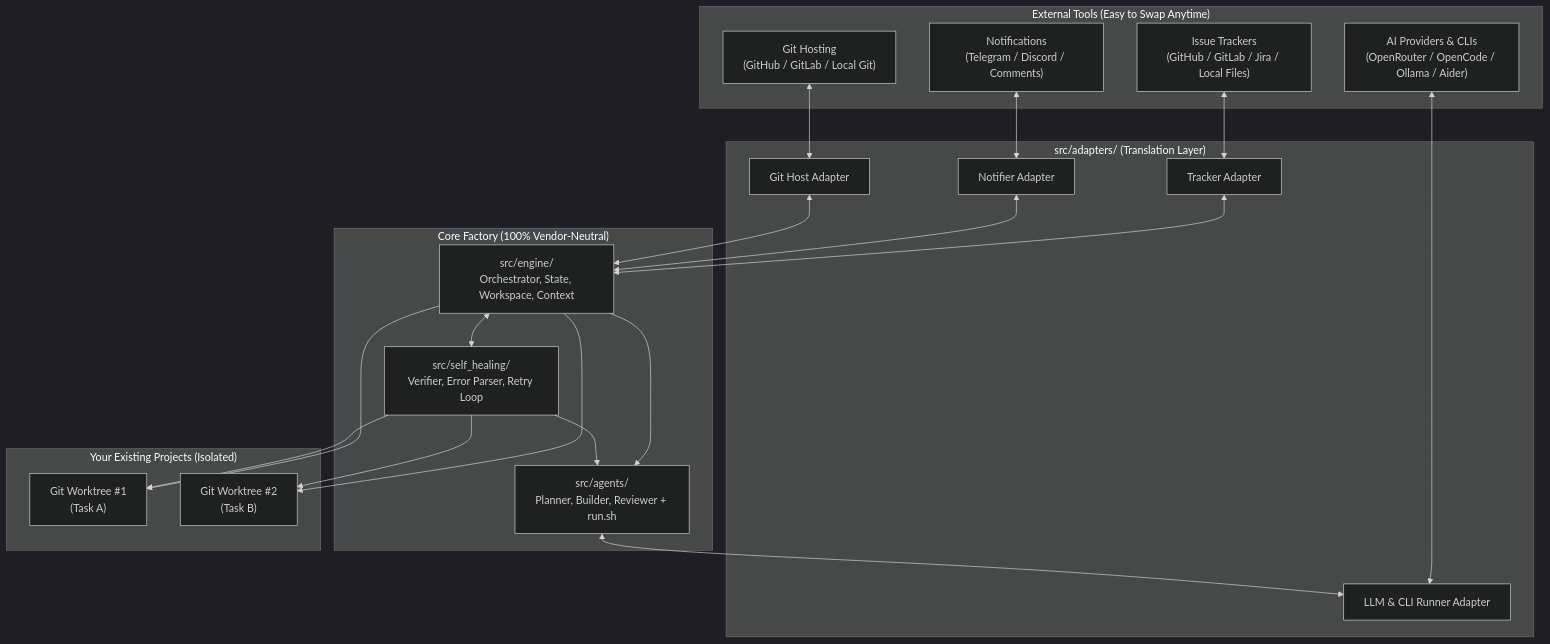
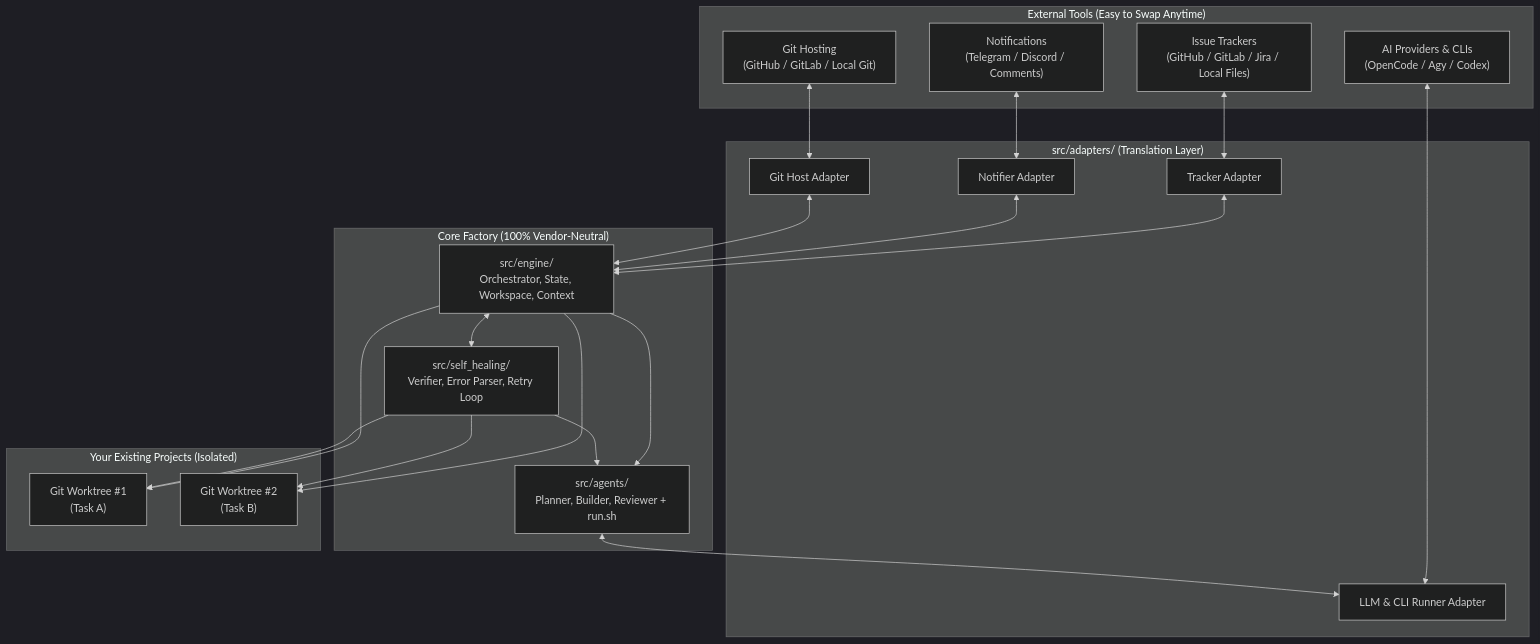
One commit to islam-kamel/software_factory changed the first of 2 diagrams in docs/architecture.md. Above: the diagram before and after it, drawn with Mermaid (dark theme). The commit also changed other lines of this file and 47 other files, not shown here.

````diff
--- a/docs/architecture.md
+++ b/docs/architecture.md
@@ -76,46 +76,46 @@
 ```mermaid
 flowchart TB
     subgraph External["External Tools (Easy to Swap Anytime)"]
         T["Issue Trackers<br/>(GitHub / GitLab / Jira / Local Files)"]
-        L["AI Providers & CLIs<br/>(OpenRouter / OpenCode / Ollama / Aider)"]
+        L["AI Providers & CLIs<br/>(OpenCode / Agy / Codex)"]
         N["Notifications<br/>(Telegram / Discord / Comments)"]
         G["Git Hosting<br/>(GitHub / GitLab / Local Git)"]
     end
 
     subgraph Adapters["src/adapters/ (Translation Layer)"]
         AT["Tracker Adapter"]
         AL["LLM & CLI Runner Adapter"]
         AN["Notifier Adapter"]
         AG["Git Host Adapter"]
     end
 
     subgraph Core["Core Factory (100% Vendor-Neutral)"]
         ENG["src/engine/<br/>Orchestrator, State, Workspace, Context"]
         AGT["src/agents/<br/>Planner, Builder, Reviewer + run.sh"]
         SH["src/self_healing/<br/>Verifier, Error Parser, Retry Loop"]
     end
 
     subgraph Repos["Your Existing Projects (Isolated)"]
         WT1["Git Worktree #1<br/>(Task A)"]
         WT2["Git Worktree #2<br/>(Task B)"]
     end
 
     T <--> AT
     L <--> AL
     N <--> AN
     G <--> AG
 
     AT <--> ENG
     AN <--> ENG
     AG <--> ENG
 
     ENG --> AGT
     AGT <--> AL
     ENG <--> SH
     SH --> AGT
 
     ENG --> WT1
     ENG --> WT2
     SH --> WT1
     SH --> WT2
 ```
````
